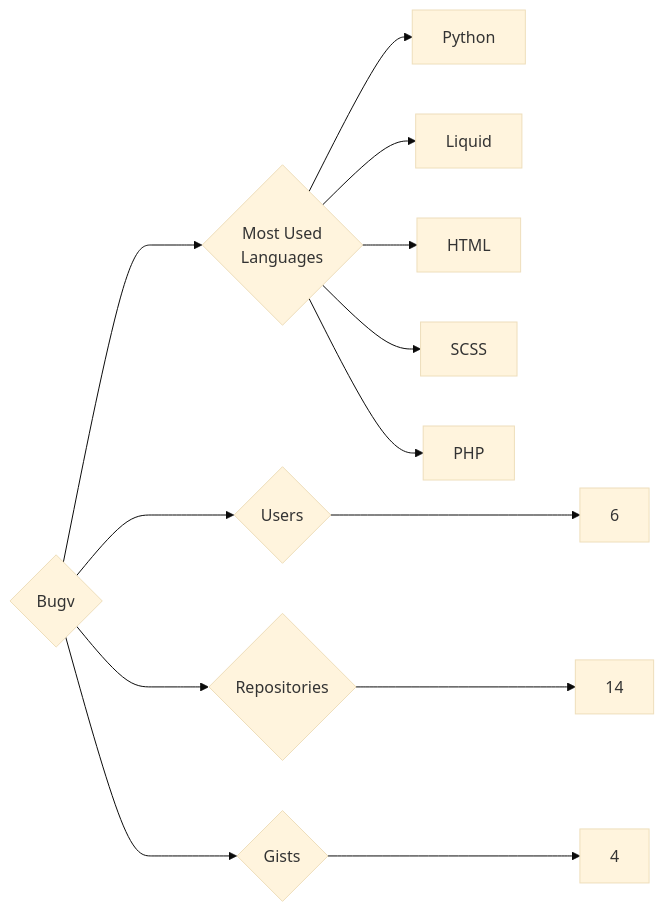
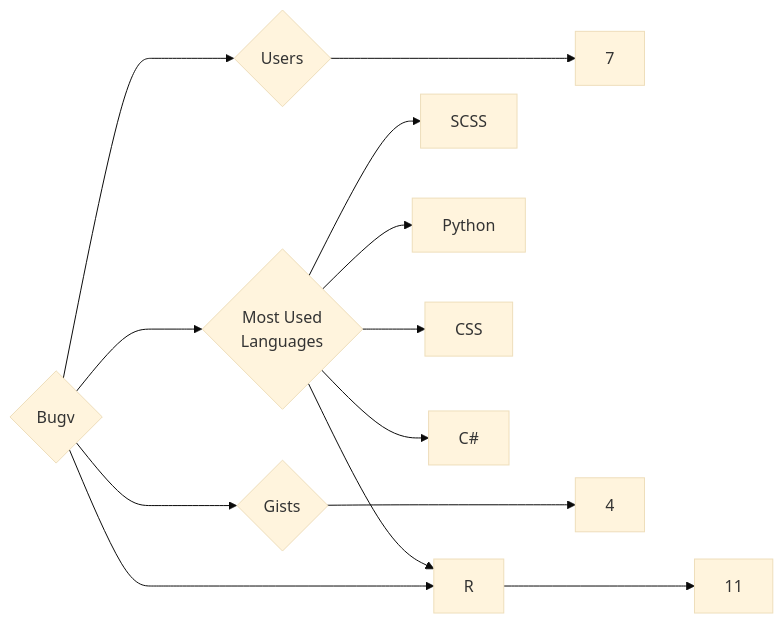
One commit to trickest/insiders changed the diagram in targets/Bugv/README.md. Above: the diagram before and after it, drawn with Mermaid (base theme). The commit also changed 985 other files, not shown here.

````diff
--- a/targets/Bugv/README.md
+++ b/targets/Bugv/README.md
@@ -3,13 +3,13 @@
 ```mermaid
 graph LR
 COMPANY_NAME{Bugv}
-COMPANY_NAME ---> U{Users} ---> UN[6]
-COMPANY_NAME ---> R{Repositories} ---> RN[14]
+COMPANY_NAME ---> U{Users} ---> UN[7]
+COMPANY_NAME ---> R{Repositories} ---> RN[11]
 COMPANY_NAME ---> G{Gists} ---> GN[4]
 COMPANY_NAME ---> ML{Most Used<br>Languages}
+ML --> SCSS[SCSS]
+ML --> R[R]
 ML --> Python[Python]
-ML --> Liquid[Liquid]
-ML --> HTML[HTML]
-ML --> SCSS[SCSS]
-ML --> PHP[PHP]
+ML --> CSS[CSS]
+ML --> C#[C#]
 ```
````
